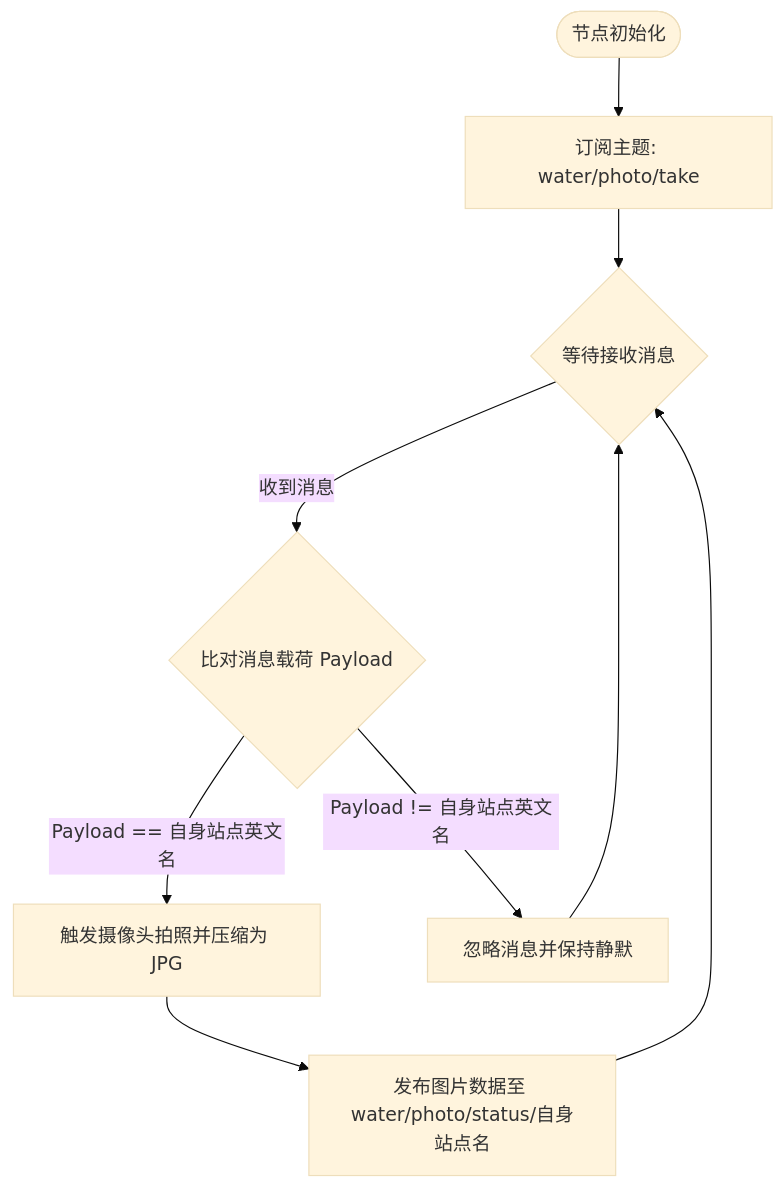
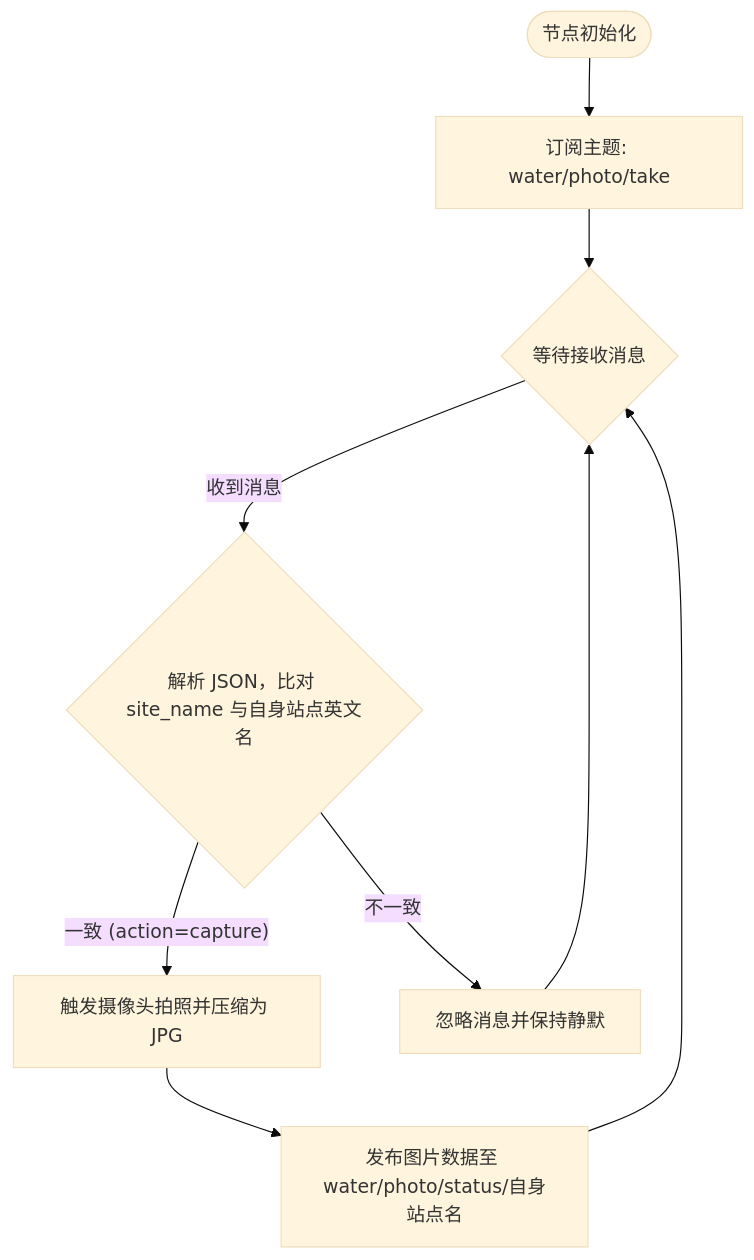
One commit to voicevon/water_android changed the second of 3 diagrams in doc/prd/camera_mqtt_communication_prd.md. Above: the diagram before and after it, drawn with Mermaid (base theme). The commit also changed other lines of this file and 7 other files, not shown here.

````diff
--- a/doc/prd/camera_mqtt_communication_prd.md
+++ b/doc/prd/camera_mqtt_communication_prd.md
@@ -75,13 +80,13 @@
 ```mermaid
 flowchart TD
     Start([节点初始化]) --> SubTake[订阅主题: water/photo/take]
     SubTake --> WaitMsg{等待接收消息}
     
-    WaitMsg -- 收到消息 --> CheckPayload{比对消息载荷 Payload}
-    CheckPayload -- "Payload == 自身站点英文名" --> Capture[触发摄像头拍照并压缩为 JPG]
-    CheckPayload -- "Payload != 自身站点英文名" --> Ignore[忽略消息并保持静默]
+    WaitMsg -- 收到消息 --> CheckPayload{解析 JSON，比对 site_name 与自身站点英文名}
+    CheckPayload -- "一致 (action=capture)" --> Capture[触发摄像头拍照并压缩为 JPG]
+    CheckPayload -- "不一致" --> Ignore[忽略消息并保持静默]
     
     Capture --> PublishImage[发布图片数据至 water/photo/status/自身站点名]
     PublishImage --> WaitMsg
     Ignore --> WaitMsg
 ```
````
